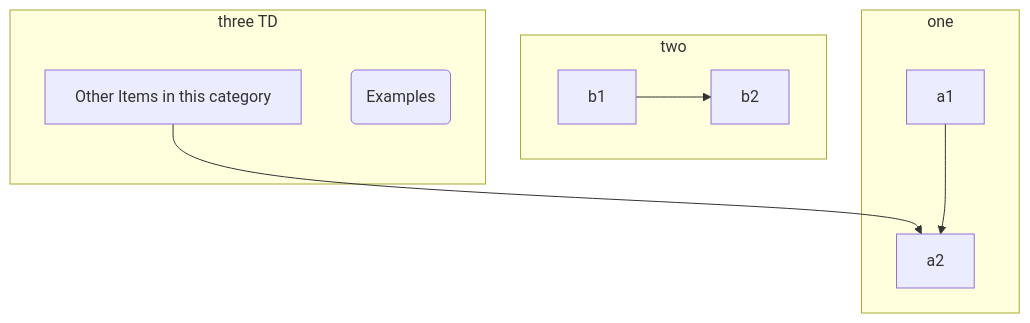
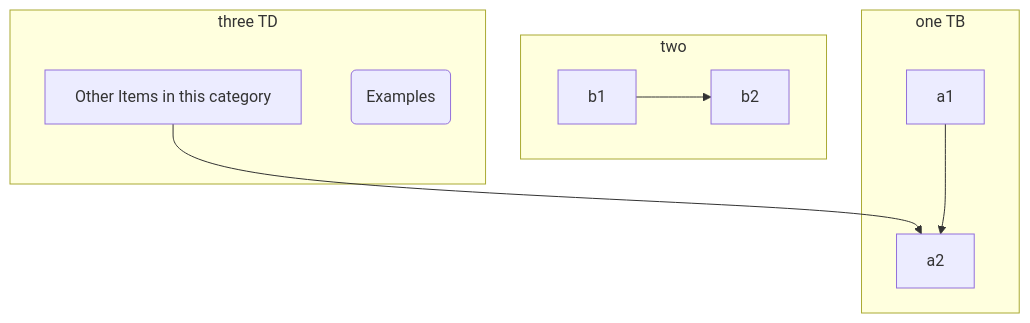
The diagram in slides.md (gerbssusd/dok), drawn with Mermaid before and after one commit.

````diff
--- a/slides.md
+++ b/slides.md
@@ -217,20 +217,20 @@
 ```mermaid
 flowchart TB
     c1-->a2
-    subgraph one 
+    subgraph one TB
     a1-->a2
     end
     subgraph two
     b1-->b2
     end
     subgraph three TD
     c1[Other Items in this category] 
     c2(Examples)
     end
 
 
 
 
 
 
 ```
````
